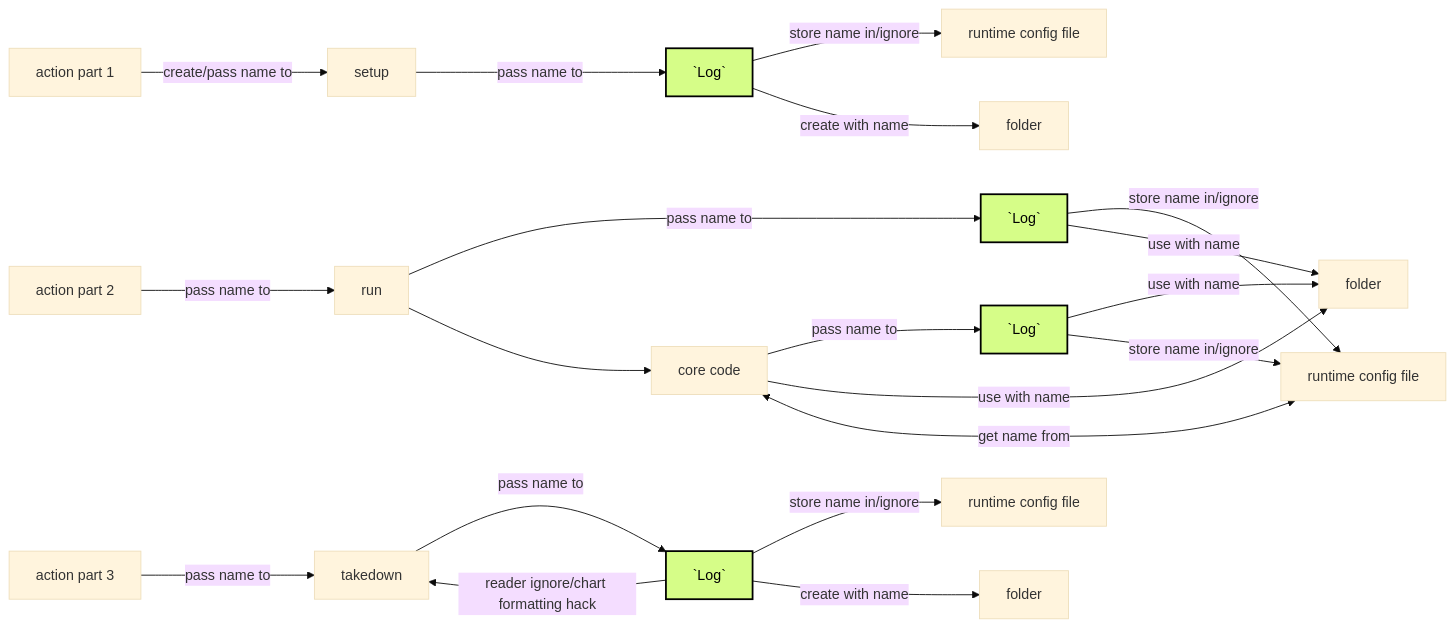
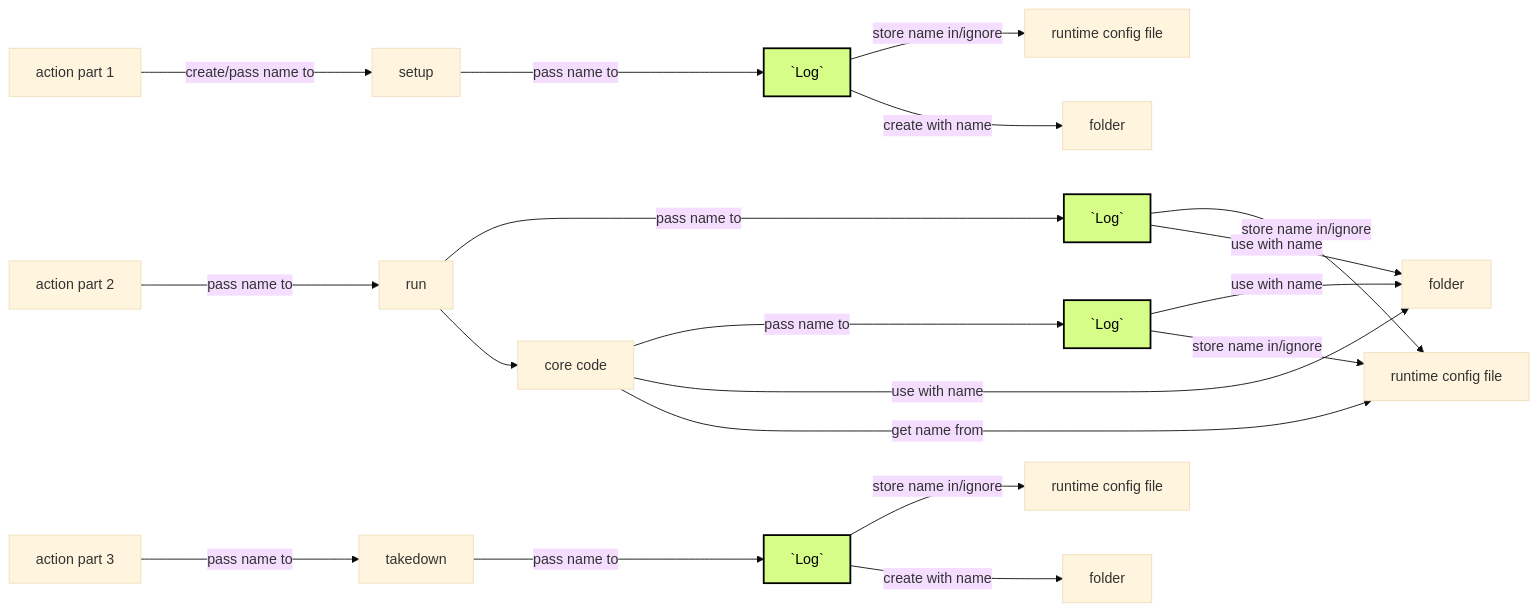
The first of 3 diagrams in docs/artifacts_folder_name.md (SuffolkLITLab/ALKiln), drawn with Mermaid (base theme) before and after one commit. The commit also changed other lines of this file and 2 other files, not shown here.

Commit message:
Add to CHANGELOG, correct/add diagrams. Mermaid needs "o" hack.

````diff
--- a/docs/artifacts_folder_name.md
+++ b/docs/artifacts_folder_name.md
@@ -50,26 +50,27 @@
 ```mermaid
+%% "pass name too" has 2 o's at the end because mermaid makes one of them disappear
+
 flowchart LR
-    action[action part 1] -- create/pass name to --> setup
-    setup["setup"] -- pass name to --> log1["#96;Log#96;"]:::log
-    log1 -- store name in/ignore --> runtime1["runtime config file"]
-    log1 -- create with name --> folder1[folder]
+    action[action part 1] --create/pass name too--> setup
+    setup["setup"] --pass name too--> log1["#96;Log#96;"]:::log
+    log1 --store name in/ignore--> runtime1["runtime config file"]
+    log1 --create with name--> folder1[folder]
 
-    action2[action part 2] -- pass name to --> run["run"]
-    run -- pass name to --> log2["#96;Log#96;"]:::log
-    log2 -- store name in/ignore --> runtime2["runtime config file"]
-    log2 -- use with name --> folder2[folder]
+    action2[action part 2] --pass name too--> run["run"]
+    run --pass name too--> log2["#96;Log#96;"]:::log
+    log2 --store name in/ignore--> runtime2["runtime config file"]
+    log2 --use with name--> folder2[folder]
     run --> core["core code"]
-    core -- pass name to --> log3["#96;Log#96;"]:::log
-    core -- use with name --> folder2
-    core -- get name from <--> runtime2
-    log3 -- use with name --> folder2
-    log3 -- store name in/ignore --> runtime2
+    core --pass name too--> log3["#96;Log#96;"]:::log
+    core --use with name--> folder2
+    core --get name from--> runtime2
+    log3 --use with name--> folder2
+    log3 --store name in/ignore--> runtime2
 
-    action3[action part 3] -- pass name to --> takedown["takedown"]
-    takedown -- pass name to --> log4["#96;Log#96;"]:::log
-    log4 -- reader ignore/chart formatting hack --> takedown
-    log4 -- store name in/ignore --> runtime3["runtime config file"]
-    log4 -- create with name --> folder5[folder]
+    action3[action part 3] --pass name too--> takedown["takedown"]
+    takedown --pass name too--> log4["#96;Log#96;"]:::log
+    log4 --store name in/ignore--> runtime3["runtime config file"]
+    log4 --create with name--> folder5[folder]
 
 classDef log fill:#d6fd88,stroke:#000,stroke-width:2px,color:#000
 ```
````
